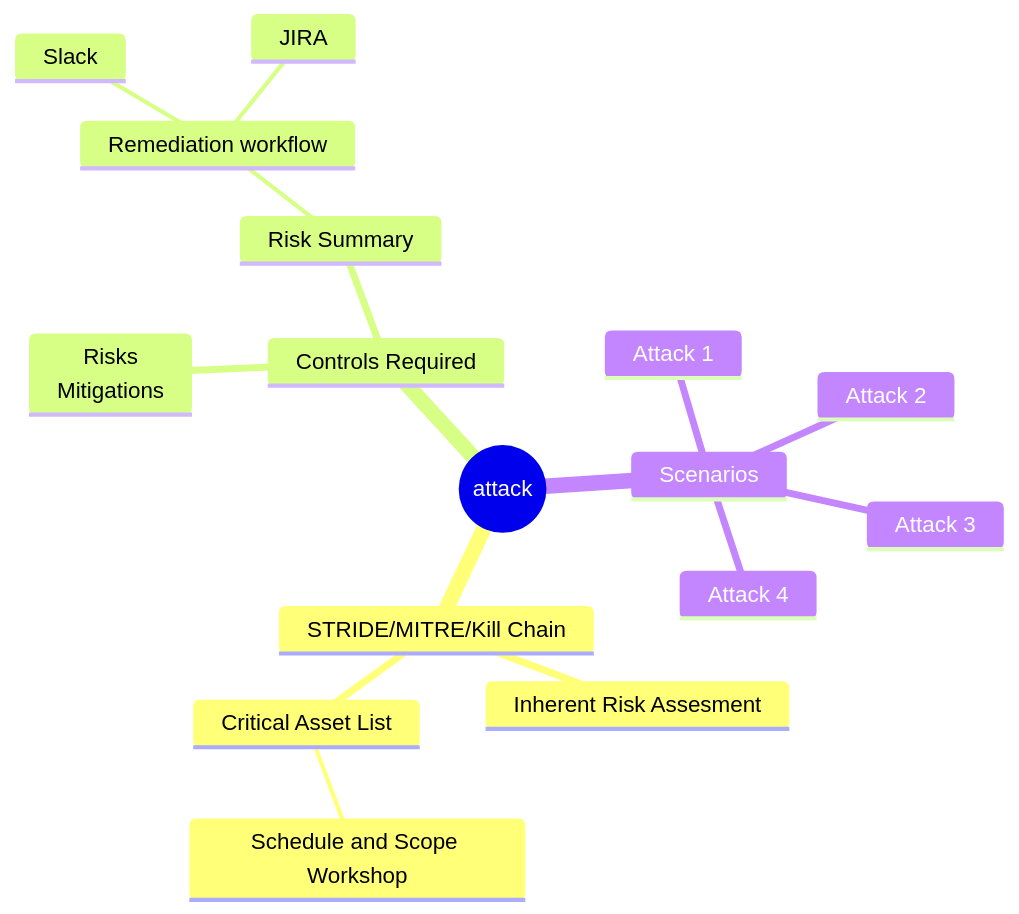
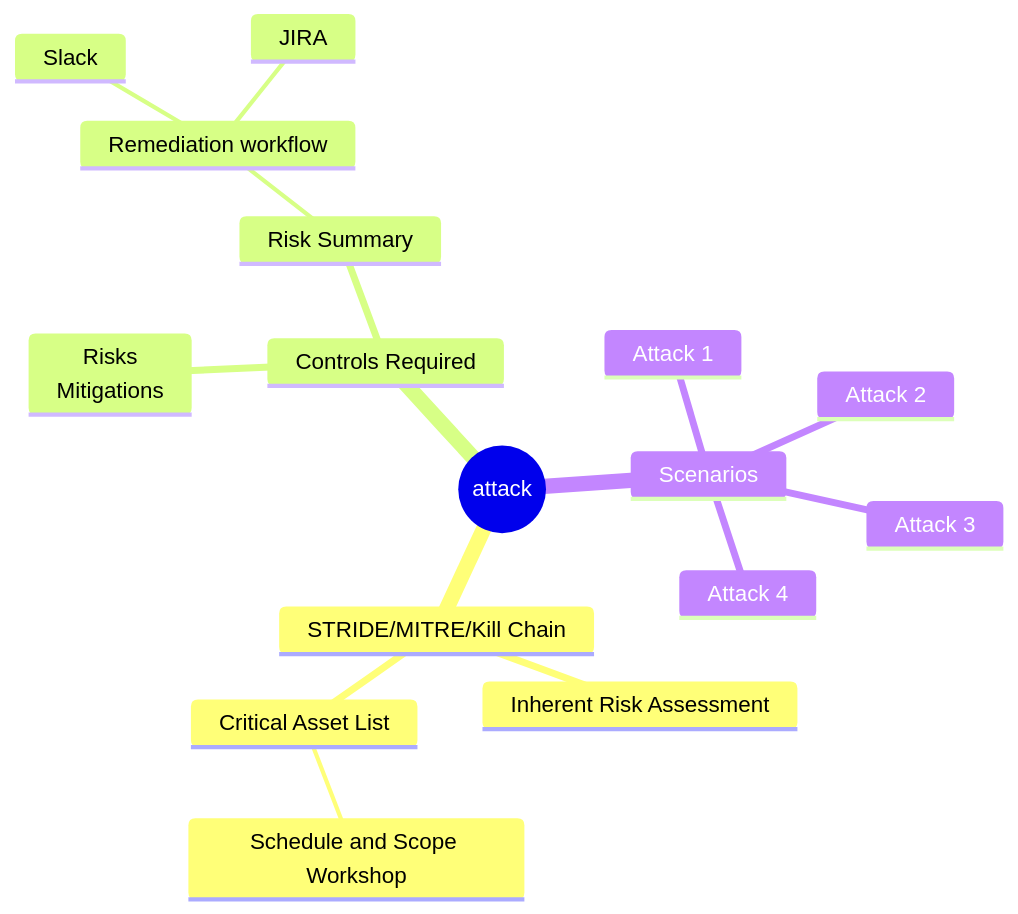
The diagram in README.md (craigmccart/Threat-Modelling-Workshop), drawn with Mermaid before and after one commit. The commit also changed other lines of this file, not shown here.

````diff
--- a/README.md
+++ b/README.md
@@ -71,20 +68,20 @@
 ```mermaid
 mindmap
   root((attack))
     STRIDE/MITRE/Kill Chain
-      Inherent Risk Assesment
+      Inherent Risk Assessment
       ::icon(fa fa-book)
       Critical Asset List
         Schedule and Scope Workshop
     Controls Required
       Risks<br/>Mitigations
       Risk Summary
         Remediation workflow
             Slack
             JIRA 
     Scenarios
       Attack 1
       Attack 2
       Attack 3
       Attack 4
 ```
````
